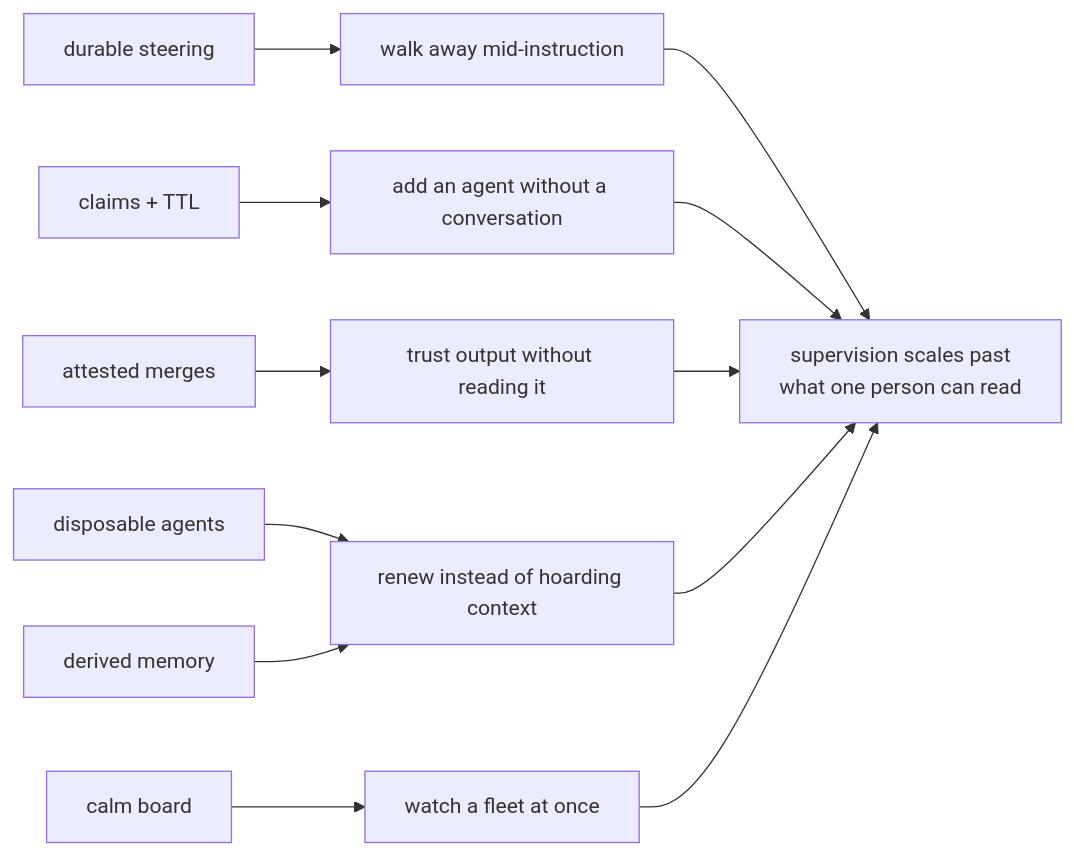
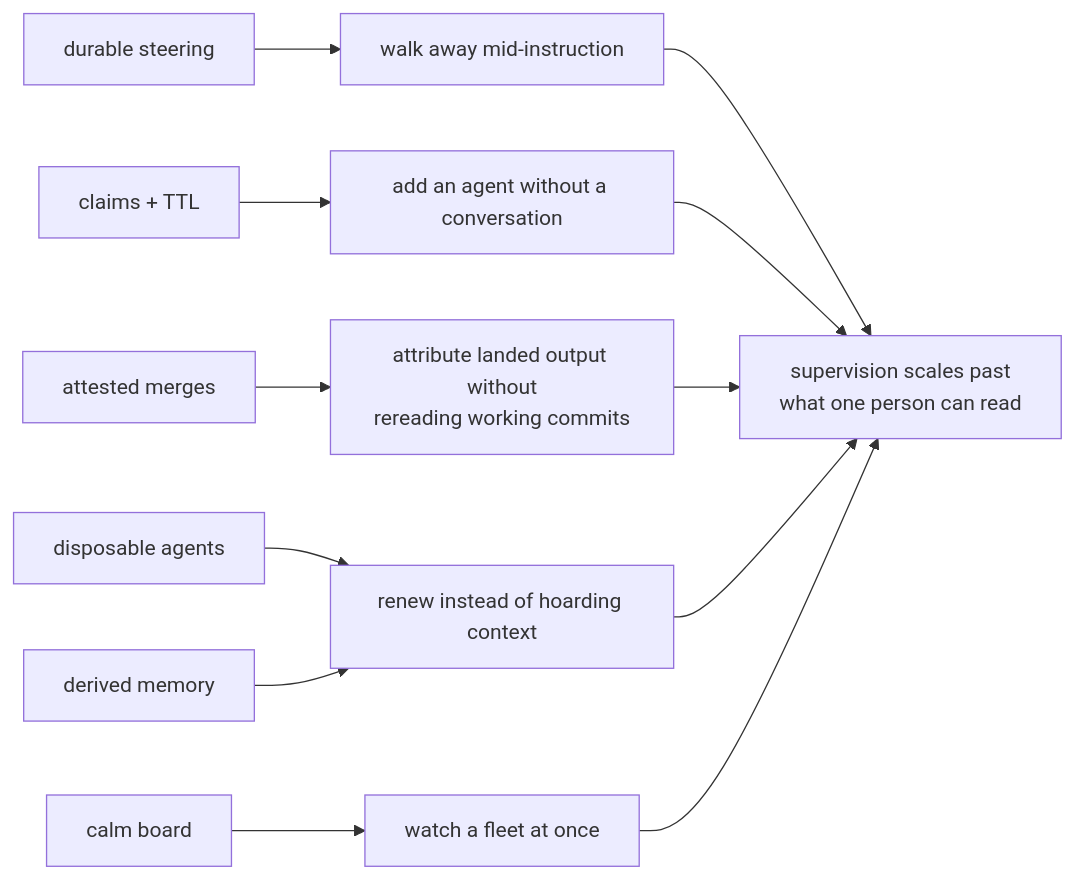
Before and after one commit to infimalabs/spice-rust: diagram 25 of 25 in docs/product/value.md, drawn with Mermaid. The commit also changed other lines of this file and 120 other files, not shown here.

````diff
--- a/docs/product/value.md
+++ b/docs/product/value.md
@@ -607,14 +623,14 @@
 ```mermaid
 flowchart LR
   DurableSteering["durable steering"] --> WalkAway["walk away mid-instruction"]
   Claims["claims + TTL"] --> AddAgent["add an agent without a conversation"]
-  AttestedMerges["attested merges"] --> TrustOutput["trust output without reading it"]
+  AttestedMerges["attested merges"] --> TrustOutput["attribute landed output without<br/>rereading working commits"]
   DisposableAgents["disposable agents"] --> Renew["renew instead of hoarding context"]
   DerivedMemory["derived memory"] --> Renew
   CalmBoard["calm board"] --> WatchFleet["watch a fleet at once"]
   WalkAway --> S["supervision scales past<br/>what one person can read"]
   AddAgent --> S
   TrustOutput --> S
   Renew --> S
   WatchFleet --> S
 ```
````
